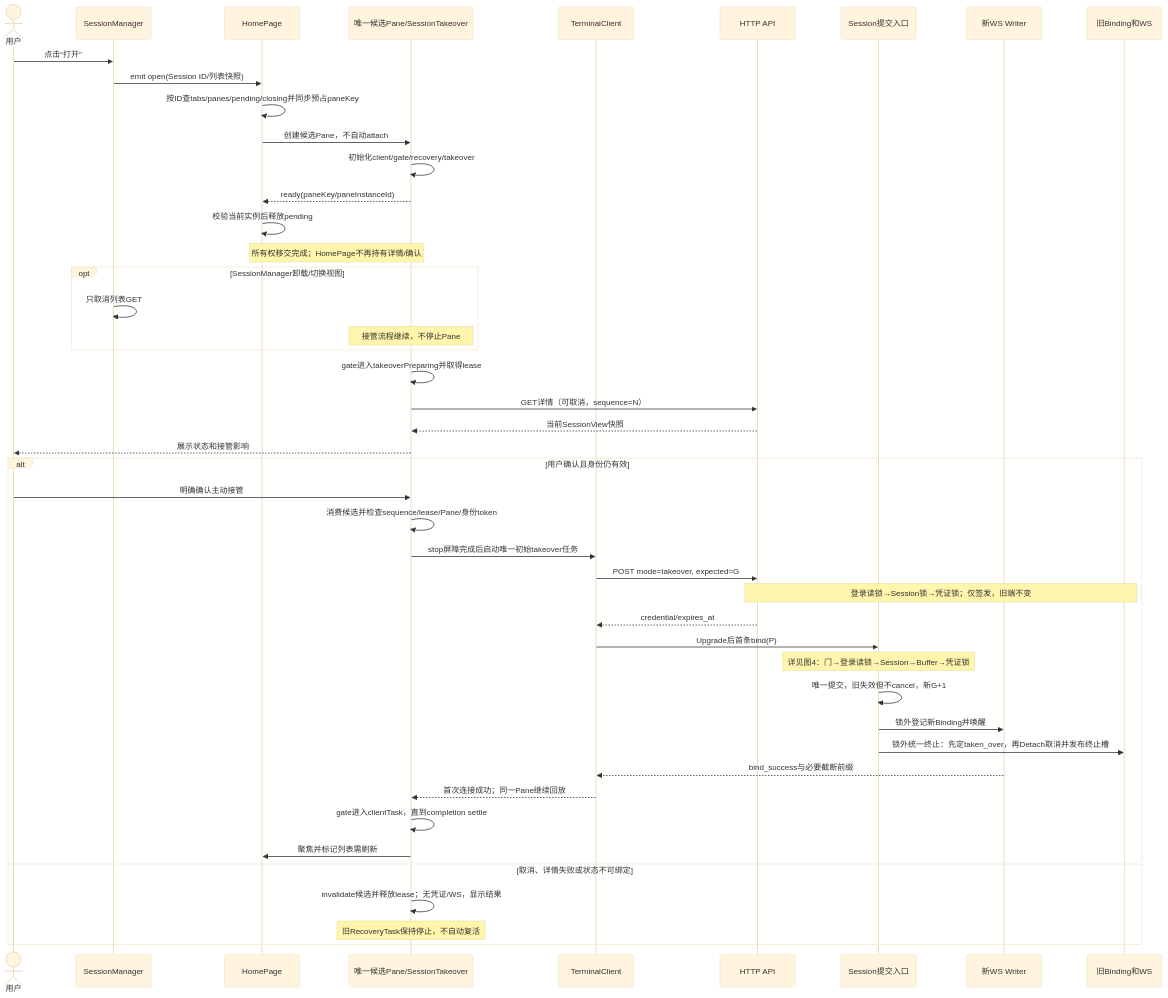
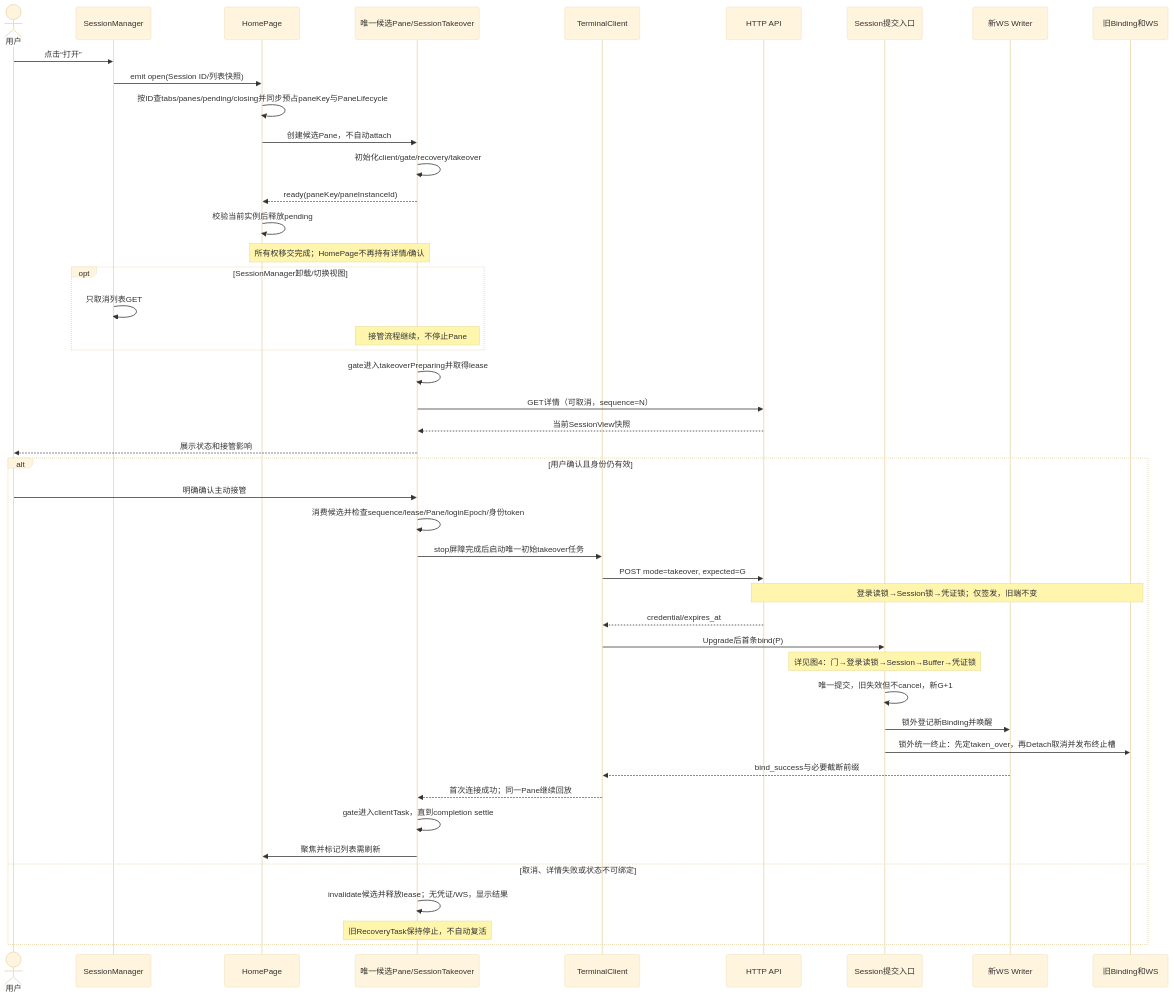
One commit to stearsc/web-ssh changed the second of 11 diagrams in doc/stage-5-implementation-plan.md. Above: the diagram before and after it, drawn with Mermaid (base theme). The commit also changed other lines of this file and 2 other files, not shown here.

````diff
--- a/doc/stage-5-implementation-plan.md
+++ b/doc/stage-5-implementation-plan.md
@@ -533,48 +630,48 @@
 ```mermaid
 sequenceDiagram
     actor U as 用户
     participant M as SessionManager
     participant H as HomePage
     participant P as 唯一候选Pane/SessionTakeover
     participant C as TerminalClient
     participant API as HTTP API
     participant S as Session提交入口
     participant W as 新WS Writer
     participant O as 旧Binding和WS
     U->>M: 点击“打开”
     M->>H: emit open(Session ID/列表快照)
-    H->>H: 按ID查tabs/panes/pending/closing并同步预占paneKey
+    H->>H: 按ID查tabs/panes/pending/closing并同步预占paneKey与PaneLifecycle
     H->>P: 创建候选Pane，不自动attach
     P->>P: 初始化client/gate/recovery/takeover
     P-->>H: ready(paneKey/paneInstanceId)
     H->>H: 校验当前实例后释放pending
     Note over H,P: 所有权移交完成；HomePage不再持有详情/确认
     opt SessionManager卸载/切换视图
         M->>M: 只取消列表GET
         Note over P: 接管流程继续，不停止Pane
     end
     P->>P: gate进入takeoverPreparing并取得lease
     P->>API: GET详情（可取消，sequence=N）
     API-->>P: 当前SessionView快照
     P-->>U: 展示状态和接管影响
     alt 用户确认且身份仍有效
         U->>P: 明确确认主动接管
-        P->>P: 消费候选并检查sequence/lease/Pane/身份token
+        P->>P: 消费候选并检查sequence/lease/Pane/loginEpoch/身份token
         P->>C: stop屏障完成后启动唯一初始takeover任务
         C->>API: POST mode=takeover, expected=G
         Note over API,O: 登录读锁→Session锁→凭证锁；仅签发，旧端不变
         API-->>C: credential/expires_at
         C->>S: Upgrade后首条bind(P)
         Note over S: 详见图4：门→登录读锁→Session→Buffer→凭证锁
         S->>S: 唯一提交，旧失效但不cancel，新G+1
         S->>W: 锁外登记新Binding并唤醒
         S->>O: 锁外统一终止：先定taken_over，再Detach取消并发布终止槽
         W-->>C: bind_success与必要截断前缀
         C-->>P: 首次连接成功；同一Pane继续回放
         P->>P: gate进入clientTask，直到completion settle
         P->>H: 聚焦并标记列表需刷新
     else 取消、详情失败或状态不可绑定
         P->>P: invalidate候选并释放lease；无凭证/WS，显示结果
         Note over P: 旧RecoveryTask保持停止，不自动复活
     end
 ```
````
